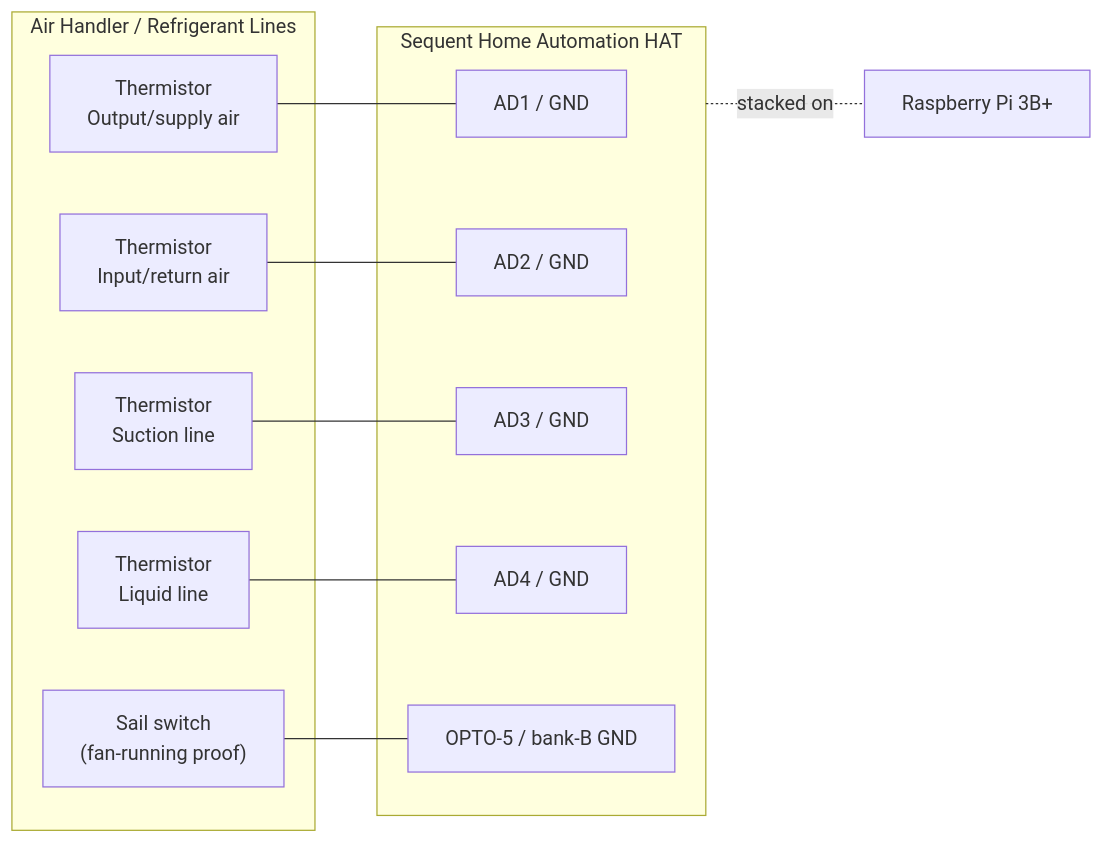
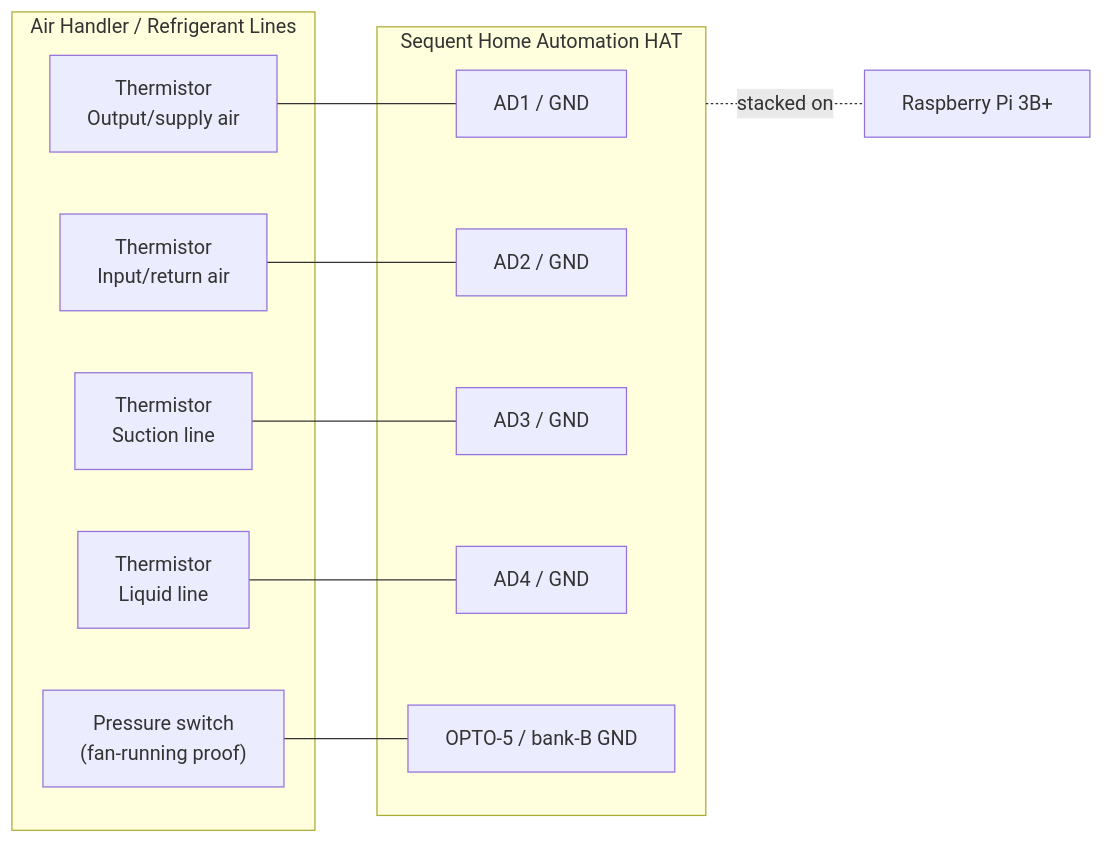
The diagram in docs/hardware.md (jeffstrout/ac-monitor), drawn with Mermaid before and after one commit. The commit also changed other lines of this file and 15 other files, not shown here.

````diff
--- a/docs/hardware.md
+++ b/docs/hardware.md
@@ -116,27 +116,27 @@
 ```mermaid
 flowchart LR
     subgraph FIELD["Air Handler / Refrigerant Lines"]
       T1["Thermistor<br/>Output/supply air"]
       T2["Thermistor<br/>Input/return air"]
       T3["Thermistor<br/>Suction line"]
       T4["Thermistor<br/>Liquid line"]
-      SAIL["Sail switch<br/>(fan-running proof)"]
+      SAIL["Pressure switch<br/>(fan-running proof)"]
     end
 
     subgraph HAT["Sequent Home Automation HAT"]
       AD1["AD1 / GND"]
       AD2["AD2 / GND"]
       AD3["AD3 / GND"]
       AD4["AD4 / GND"]
       O5["OPTO-5 / bank-B GND"]
     end
 
     PI["Raspberry Pi 3B+"]
 
     T1 --- AD1
     T2 --- AD2
     T3 --- AD3
     T4 --- AD4
     SAIL --- O5
     HAT -.stacked on.- PI
 ```
````
